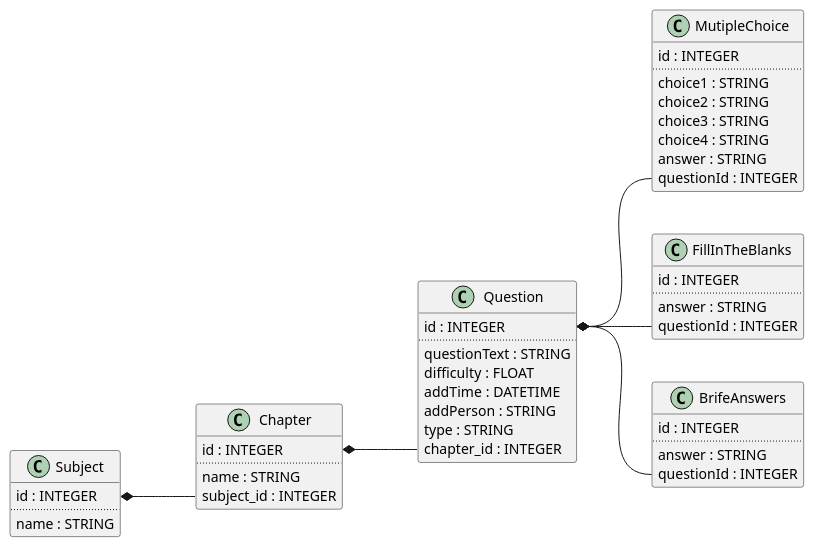
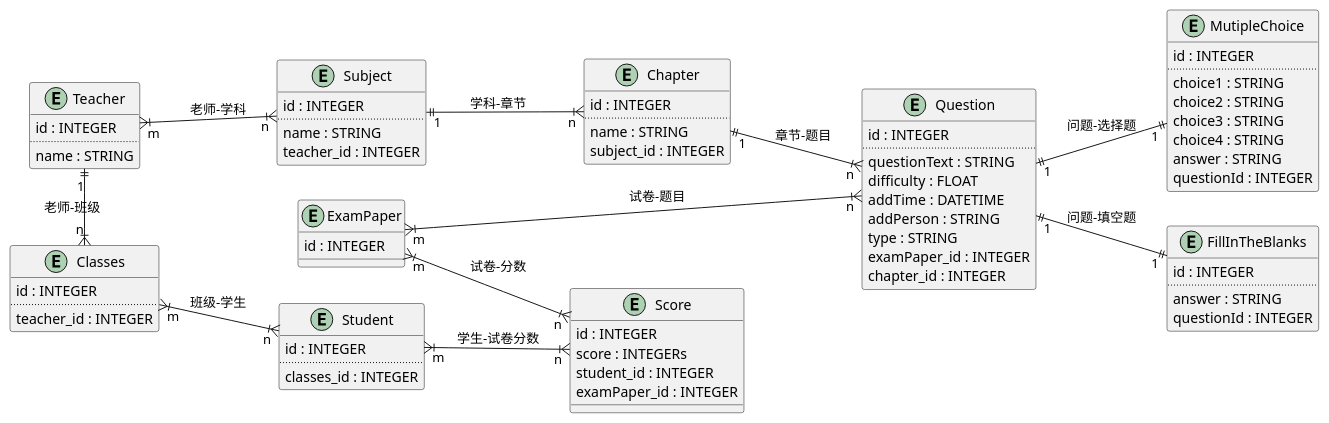
One commit to Chandler-Bang/QR_Class changed the diagram in ER/Models.puml. Above: the diagram before and after it, drawn with PlantUML. The commit also changed 4 other files, not shown here.

```diff
--- a/ER/Models.puml
+++ b/ER/Models.puml
@@ -1,60 +1,94 @@
 @startuml Models
 left to right direction
-class Subject{
+entity Subject{
     id : INTEGER
     ..
     name : STRING
+    teacher_id : INTEGER
 }
 
 
-class Chapter{
+entity Chapter{
     id : INTEGER
     ..
     name : STRING
     subject_id : INTEGER
 }
 
 
-class Question{
+entity ExamPaper{
+    id : INTEGER
+}
+
+
+entity Question{
     id : INTEGER
     ..
     questionText : STRING
     difficulty : FLOAT
     addTime : DATETIME
     addPerson : STRING
     type : STRING
+    examPaper_id : INTEGER
     chapter_id : INTEGER
 }
 
-class MutipleChoice{
+entity MutipleChoice{
     id : INTEGER
     ..
     choice1 : STRING
     choice2 : STRING
     choice3 : STRING
     choice4 : STRING
     answer : STRING
     questionId : INTEGER
 }
 
-class FillInTheBlanks{
+entity FillInTheBlanks{
     id : INTEGER
     ..
     answer : STRING
     questionId : INTEGER
 }
 
-class BrifeAnswers{
+
+entity Teacher{
     id : INTEGER
     ..
-    answer : STRING
-    questionId : INTEGER
+    name : STRING
 }
 
-Subject::id *-- Chapter::subject_id
-Chapter::id *-- Question::chapter_id
-Question::id *-- MutipleChoice::questionId
-Question::id *-- FillInTheBlanks::questionId
-Question::id *-- BrifeAnswers::questionId
 
+entity Classes{
+    id : INTEGER
+    ..
+    teacher_id : INTEGER
+}
+
+
+entity Student{
+    id : INTEGER
+    ..
+    classes_id : INTEGER
+}
+
+
+entity Score{
+    id : INTEGER
+    score : INTEGERs
+    student_id : INTEGER
+    examPaper_id : INTEGER
+}
+
+
+Teacher "1" ||-|{ "n" Classes: 老师-班级
+Classes "m" }|--|{ "n" Student: 班级-学生
+Student "m" }|--|{ "n" Score: 学生-试卷分数
+Teacher "m" }|--|{ "n" Subject: 老师-学科
+Subject "1" ||--|{ "n" Chapter: 学科-章节
+Chapter "1" ||--|{ "n" Question: 章节-题目
+Question "1" ||--|| "1" MutipleChoice: 问题-选择题
+Question "1" ||--|| "1" FillInTheBlanks: 问题-填空题
+ExamPaper "m" }|--|{ "n" Question: 试卷-题目
+ExamPaper "m" }|--|{ "n" Score: 试卷-分数
 @enduml
```
